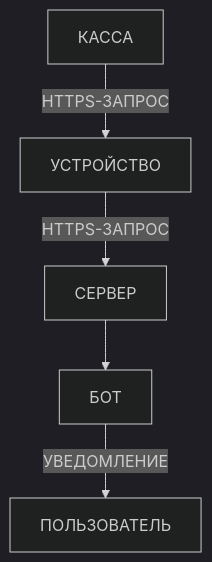
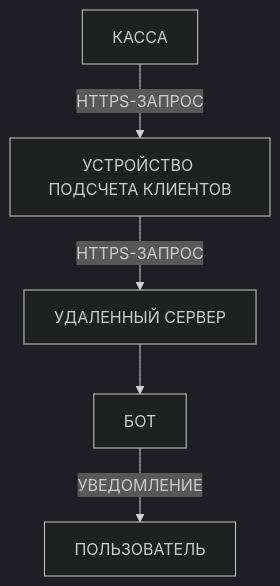
The first of 2 diagrams in README.md (kopanevr/ProjectX), drawn with Mermaid (dark theme) before and after one commit. The commit also changed other lines of this file, not shown here.

````diff
--- a/README.md
+++ b/README.md
@@ -69,7 +69,7 @@
 ```mermaid
 graph TD;
-    КАССА-->|HTTPS-ЗАПРОС|УСТРОЙСТВО;
-    УСТРОЙСТВО-->|HTTPS-ЗАПРОС|СЕРВЕР;
-    СЕРВЕР-->БОТ;
-    БОТ-->|УВЕДОМЛЕНИЕ|ПОЛЬЗОВАТЕЛЬ;
+    K[КАССА]-->|HTTPS-ЗАПРОС|D[УСТРОЙСТВО ПОДСЧЕТА КЛИЕНТОВ];
+    D-->|HTTPS-ЗАПРОС|RSRV[УДАЛЕННЫЙ СЕРВЕР];
+    RSRV-->B[БОТ];
+    B-->|УВЕДОМЛЕНИЕ|U[ПОЛЬЗОВАТЕЛЬ];
 ```
````
